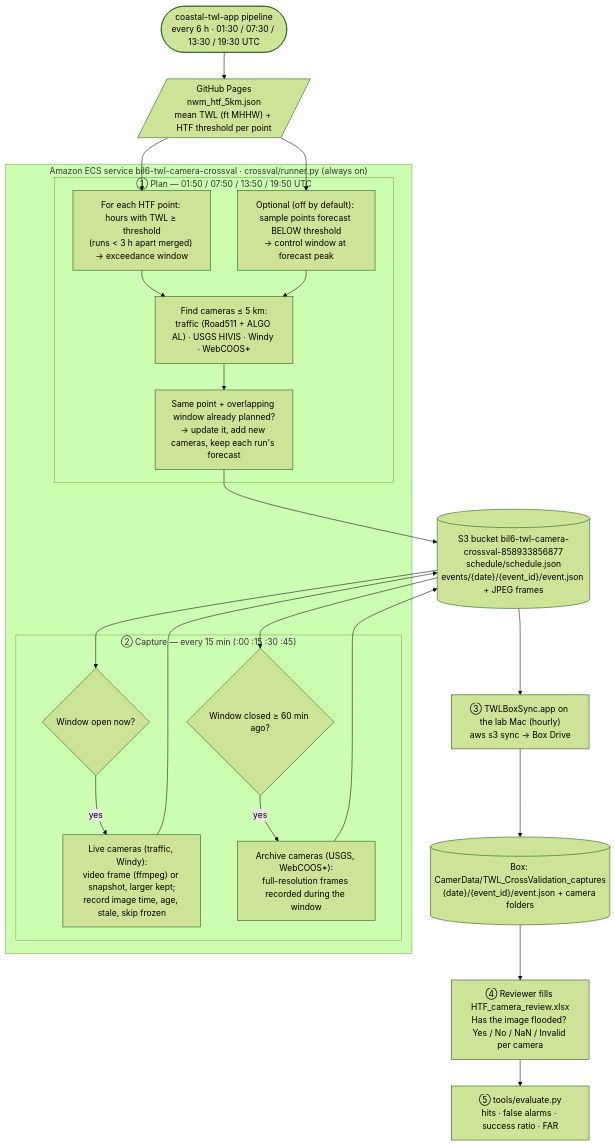
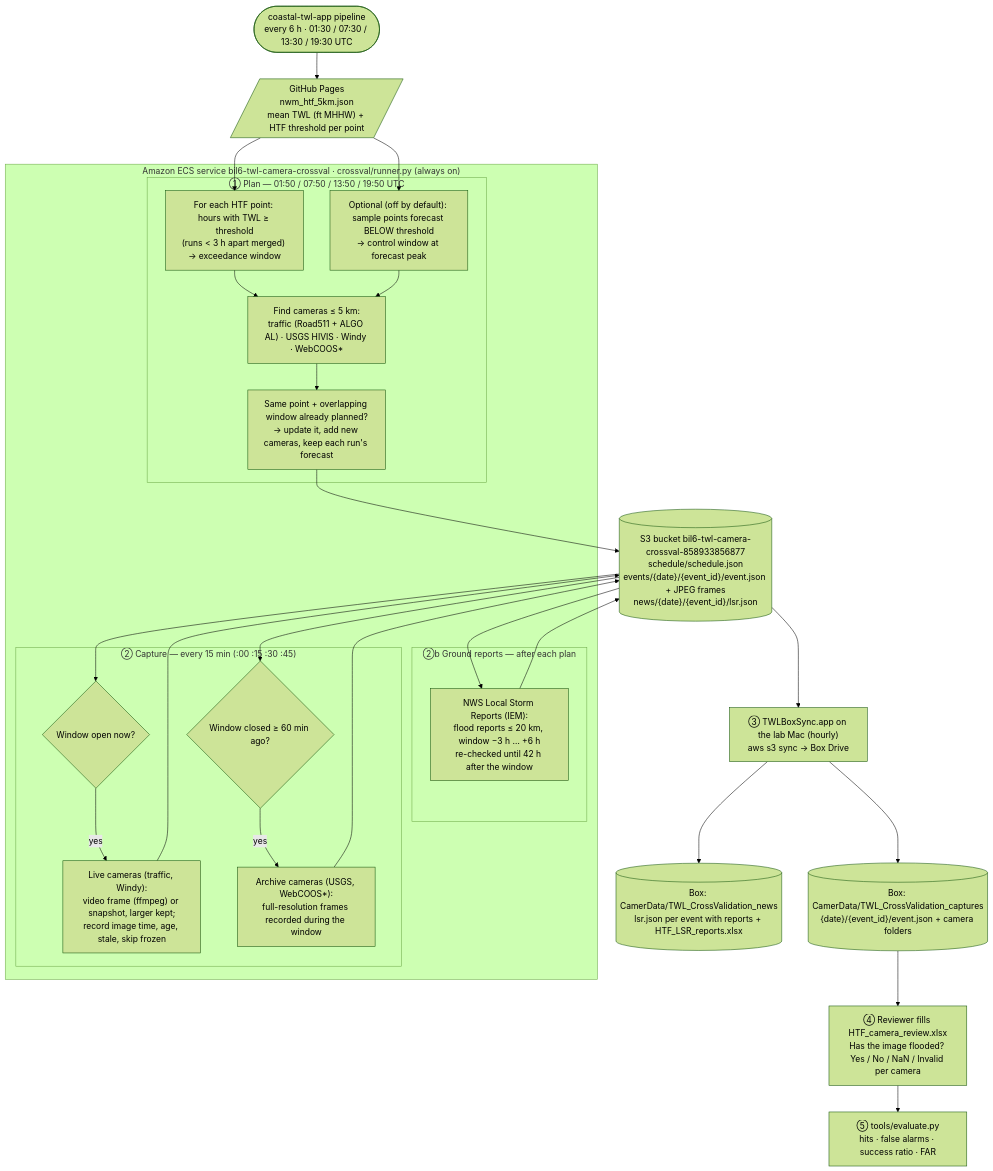
Before and after one commit to Ehsankahrizi/TWL_Camera_CrossValidation: the diagram in README.md, drawn with Mermaid (forest theme). The commit also changed other lines of this file and 4 other files, not shown here.

First line of the commit message:
Add NWS Local Storm Reports as a ground-truth check for each event

````diff
--- a/README.md
+++ b/README.md
@@ -16,36 +16,42 @@
 ```mermaid
 flowchart TD
     TWL(["coastal-twl-app pipeline<br/>every 6 h · 01:30 / 07:30 / 13:30 / 19:30 UTC"])
     TWL --> PAGES[/"GitHub Pages<br/>nwm_htf_5km.json<br/>mean TWL (ft MHHW) + HTF threshold per point"/]
 
     subgraph ECS["Amazon ECS service bil6-twl-camera-crossval · crossval/runner.py (always on)"]
         subgraph PLAN["① Plan — 01:50 / 07:50 / 13:50 / 19:50 UTC"]
             P1["For each HTF point: hours with TWL ≥ threshold<br/>(runs < 3 h apart merged) → exceedance window"]
             P2["Optional (off by default): sample points forecast BELOW threshold<br/>→ control window at forecast peak"]
             P3["Find cameras ≤ 5 km:<br/>traffic (Road511 + ALGO AL) · USGS HIVIS · Windy · WebCOOS*"]
             P4["Same point + overlapping window already planned?<br/>→ update it, add new cameras, keep each run's forecast"]
             P1 --> P3
             P2 --> P3 --> P4
         end
+        subgraph REP["②b Ground reports — after each plan"]
+            R1["NWS Local Storm Reports (IEM):<br/>flood reports ≤ 20 km, window −3 h … +6 h<br/>re-checked until 42 h after the window"]
+        end
         subgraph CAP["② Capture — every 15 min (:00 :15 :30 :45)"]
             C1{"Window open now?"}
             C2["Live cameras (traffic, Windy):<br/>video frame (ffmpeg) or snapshot, larger kept;<br/>record image time, age, stale, skip frozen"]
             C3{"Window closed ≥ 60 min ago?"}
             C4["Archive cameras (USGS, WebCOOS*):<br/>full-resolution frames recorded during the window"]
             C1 -- yes --> C2
             C3 -- yes --> C4
         end
     end
     PAGES --> P1
     PAGES --> P2
-    P4 --> S3[("S3 bucket bil6-twl-camera-crossval-858933856877<br/>schedule/schedule.json<br/>events/{date}/{event_id}/event.json + JPEG frames")]
+    P4 --> S3[("S3 bucket bil6-twl-camera-crossval-858933856877<br/>schedule/schedule.json<br/>events/{date}/{event_id}/event.json + JPEG frames<br/>news/{date}/{event_id}/lsr.json")]
+    S3 --> R1
+    R1 --> S3
     S3 --> C1
     S3 --> C3
     C2 --> S3
     C4 --> S3
 
     S3 --> SYNC["③ TWLBoxSync.app on the lab Mac (hourly)<br/>aws s3 sync → Box Drive"]
     SYNC --> BOX[("Box: CamerData/TWL_CrossValidation_captures<br/>{date}/{event_id}/event.json + camera folders")]
+    SYNC --> NEWS[("Box: CamerData/TWL_CrossValidation_news<br/>lsr.json per event with reports + HTF_LSR_reports.xlsx")]
     BOX --> LAB["④ Reviewer fills HTF_camera_review.xlsx<br/>Has the image flooded? Yes / No / NaN / Invalid per camera"]
     LAB --> EVAL["⑤ tools/evaluate.py<br/>hits · false alarms · success ratio · FAR"]
 ```
````
